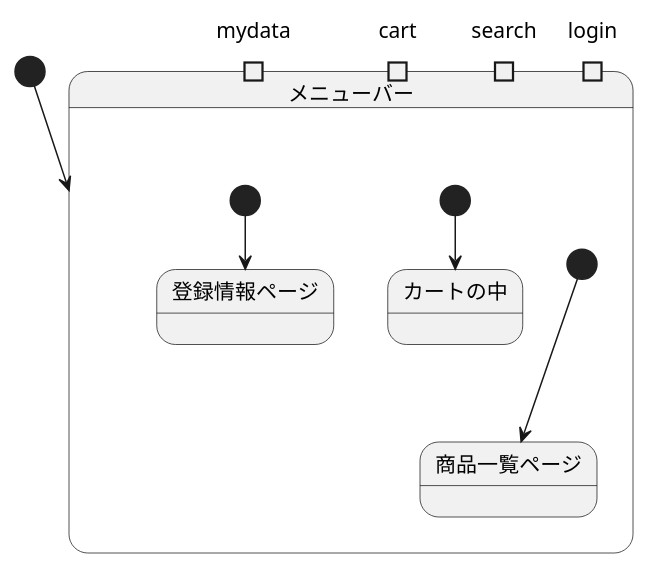
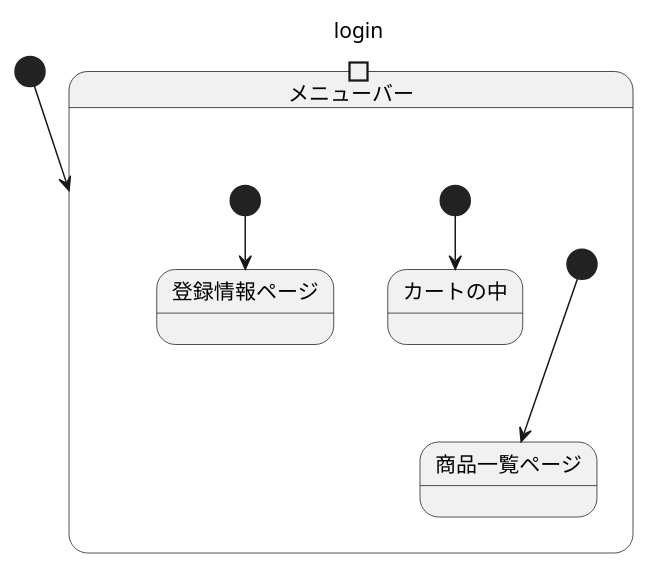
The diagram in sample/StateMachine.md (Aso2001385/2021sys-design), drawn with PlantUML before and after one commit.

````diff
--- a/sample/StateMachine.md
+++ b/sample/StateMachine.md
@@ -1,22 +1,20 @@
 ```uml
 @startuml
 
 [*] --> メニューバー
 state メニューバー {
  state login <<inputPin>>
- state search <<inputPin>>
- state cart <<inputPin>>
- state mydata <<inputPin>>
+ 
  [*] --> 商品一覧ページ
  ||
  [*] --> カートの中 
  ||
  [*] --> 登録情報ページ
 }
 
 
 
 
 
 @enduml
 ```
````
